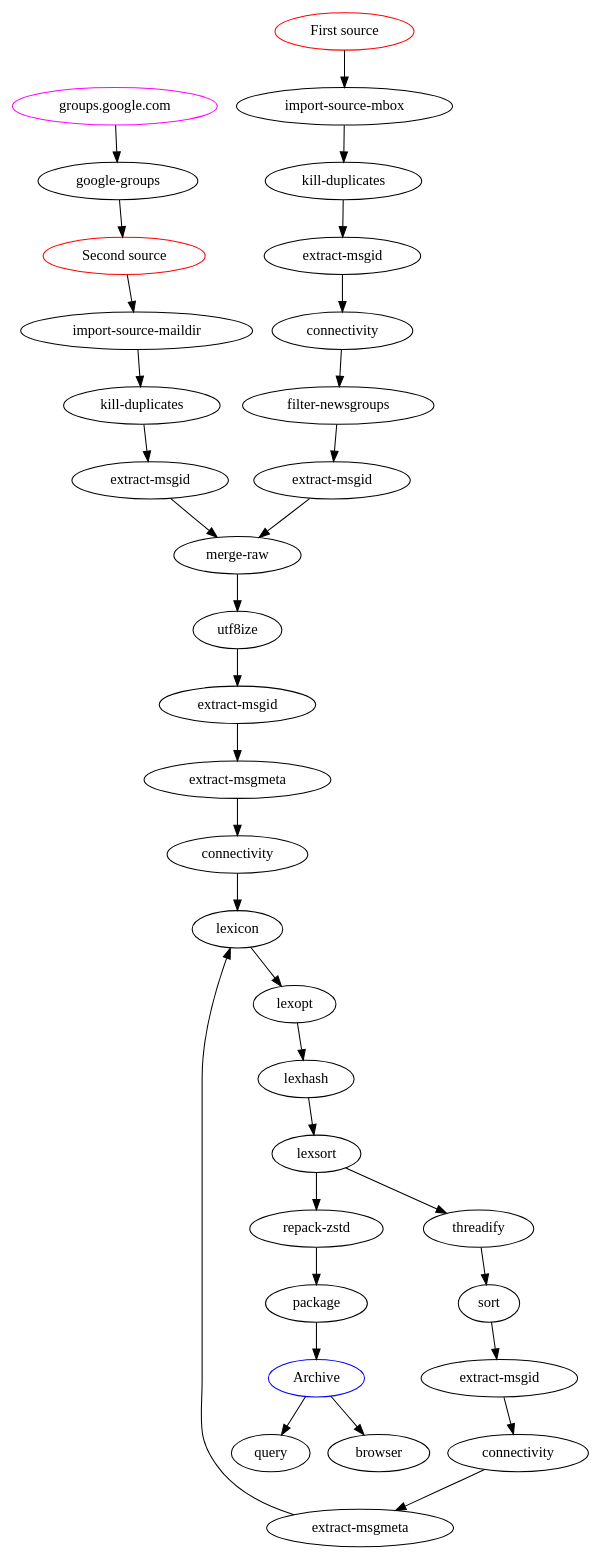
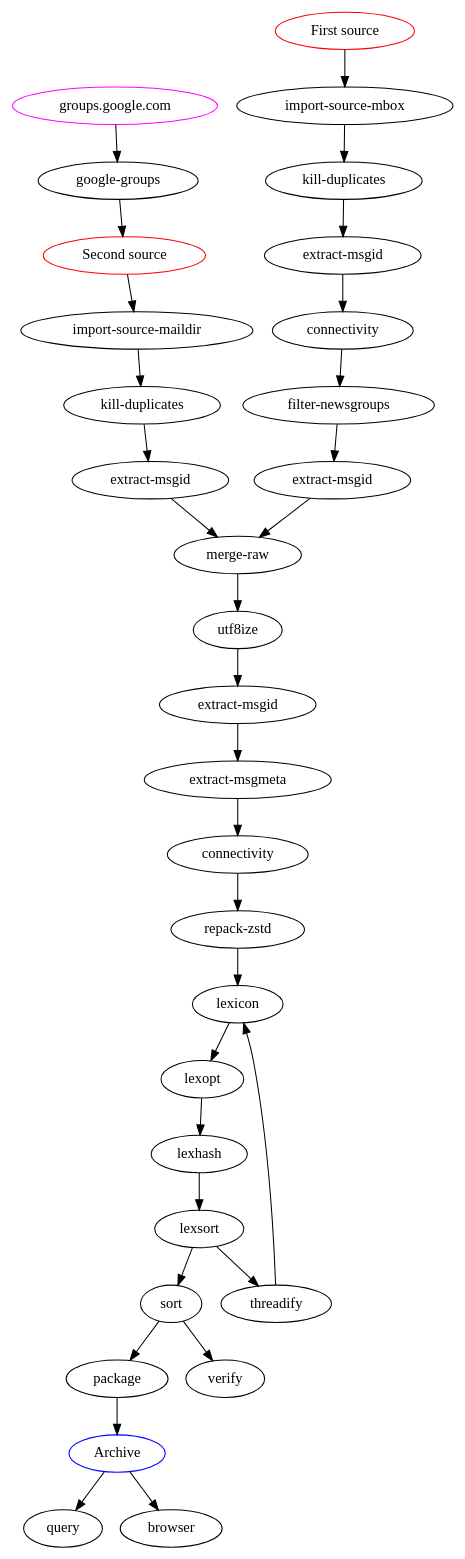
Before and after one commit to wolfpld/usenetarchive: the diagram in doc/pipeline.dot, drawn with Graphviz. The commit also changed 1 other file, not shown here.

Commit message:
Update workflow graph.

```diff
--- a/doc/pipeline.dot
+++ b/doc/pipeline.dot
@@ -1,62 +1,57 @@
 digraph
 {
     ggsrc[label="groups.google.com", color=magenta];
     gg[label="google-groups"];
 
     src1[label="First source", color=red];
     src2[label="Second source", color=red];
     dst1[label="Archive", color=blue];
 
     mbox[label="import-source-mbox"];
     maildir[label="import-source-maildir"];
 
     kill1[label="kill-duplicates"];
     kill2[label="kill-duplicates"];
 
     msgid1[label="extract-msgid"];
     msgid2[label="extract-msgid"];
     msgid3[label="extract-msgid"];
     msgid4[label="extract-msgid"];
-    msgid5[label="extract-msgid"];
     conn2[label="connectivity"];
-    conn3[label="connectivity"];
 
     filter[label="filter-newsgroups"];
     merge[label="merge-raw"];
     msgmeta[label="extract-msgmeta"];
-    msgmeta2[label="extract-msgmeta"];
     repack[label="repack-zstd"];
 
     ggsrc -> gg;
     gg -> src2;
     src1 -> mbox;
     src2 -> maildir;
     mbox -> kill1;
     maildir -> kill2;
     kill1 -> msgid4;
     msgid4 -> conn2;
     conn2 -> filter;
     filter -> msgid1;
     kill2 -> msgid2;
     msgid1 -> merge;
     msgid2 -> merge;
     merge -> utf8ize;
     utf8ize -> msgid3;
     msgid3 -> msgmeta;
     msgmeta -> connectivity;
-    connectivity -> lexicon;
+    connectivity -> repack;
+    repack -> lexicon;
     lexicon -> lexopt;
     lexopt -> lexhash;
     lexhash -> lexsort;
-    lexsort -> repack;
-    repack -> package;
+    lexsort -> sort;
+    sort -> package;
+    sort -> verify;
     package -> dst1;
     dst1 -> query;
     dst1 -> browser;
     lexsort -> threadify;
-    threadify -> sort;
-    sort -> msgid5;
-    msgid5 -> conn3;
-    conn3 -> msgmeta2;
-    msgmeta2 -> lexicon;
+    threadify -> lexicon;
 }
```
